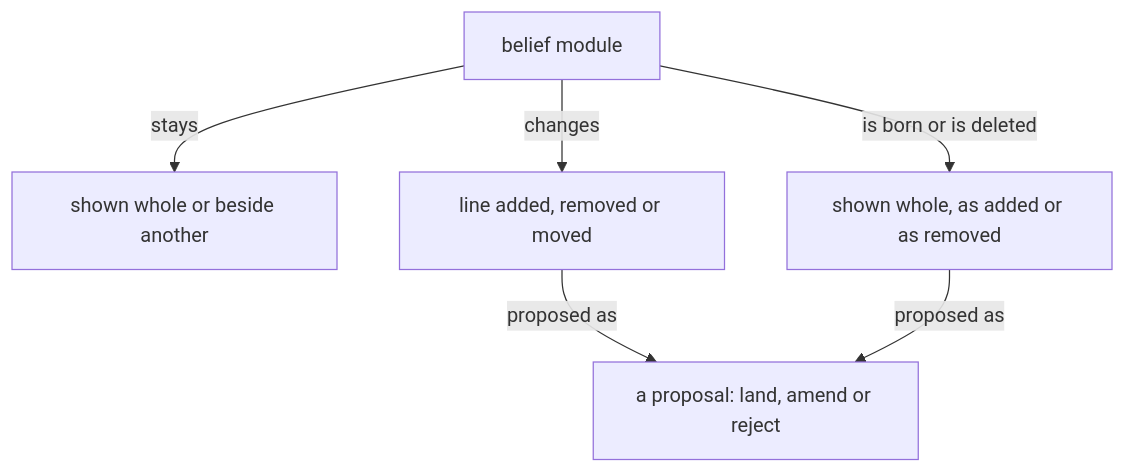
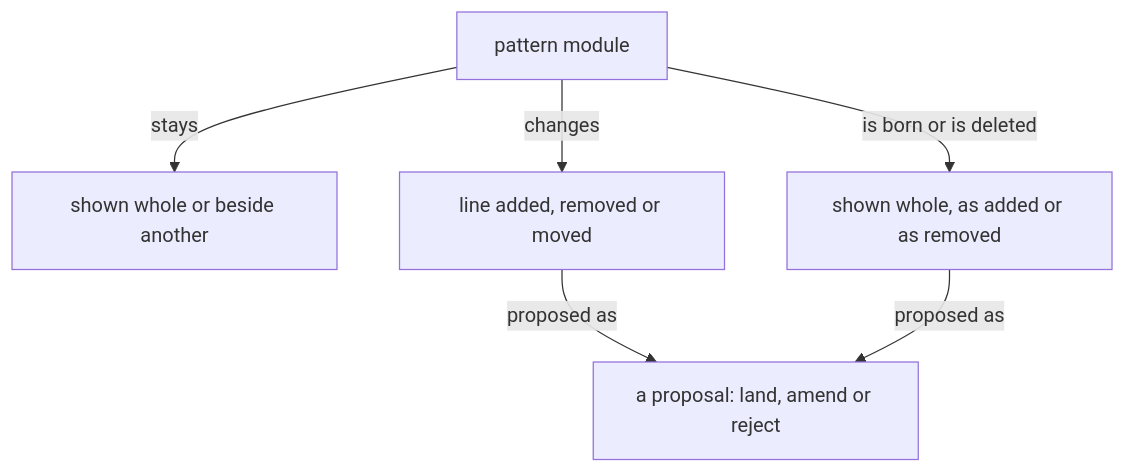
Before and after one commit to LiGoldragon/psyche-belief: the sixth of 7 diagrams in vision/proposal/0.md, drawn with Mermaid. The commit also changed other lines of this file and 15 other files, not shown here.

First line of the commit message:
vision: belief becomes pattern, throughout (the living's word)

````diff
--- a/vision/proposal/0.md
+++ b/vision/proposal/0.md
@@ -114,8 +114,8 @@
 ```mermaid
 flowchart TB
-    a["belief module"] -- "stays" --> b["shown whole or beside another"]
+    a["pattern module"] -- "stays" --> b["shown whole or beside another"]
     a -- "changes" --> c["line added, removed or moved"]
     a -- "is born or is deleted" --> d["shown whole, as added or as removed"]
     c -- "proposed as" --> e["a proposal: land, amend or reject"]
     d -- "proposed as" --> e
 ```
````
